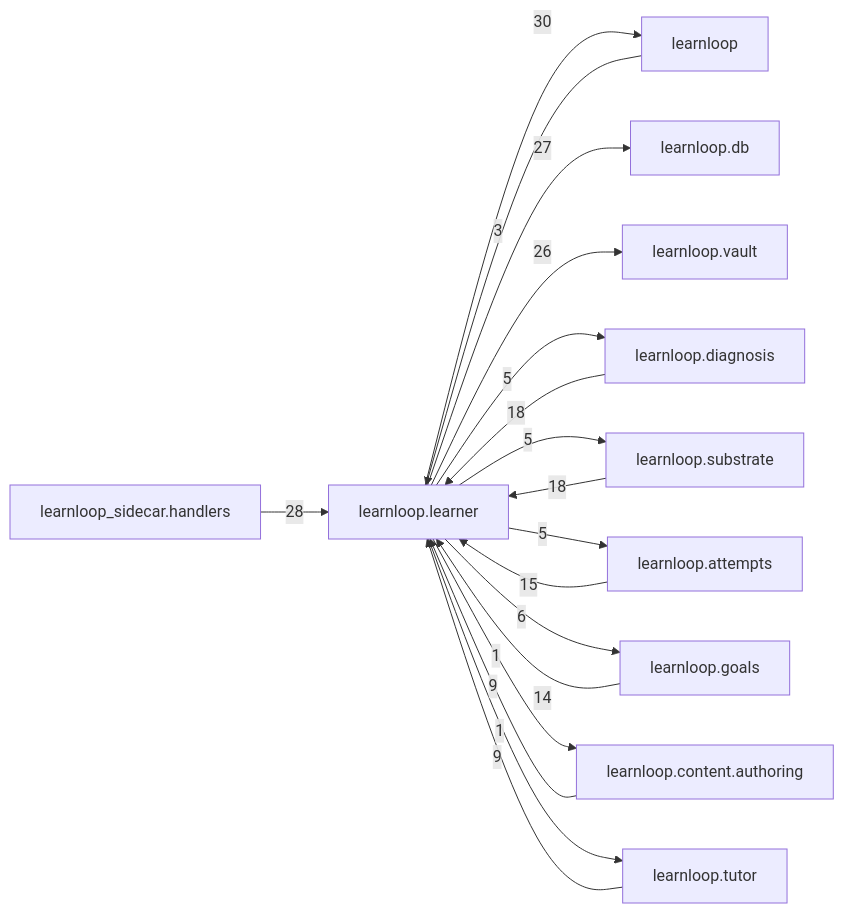
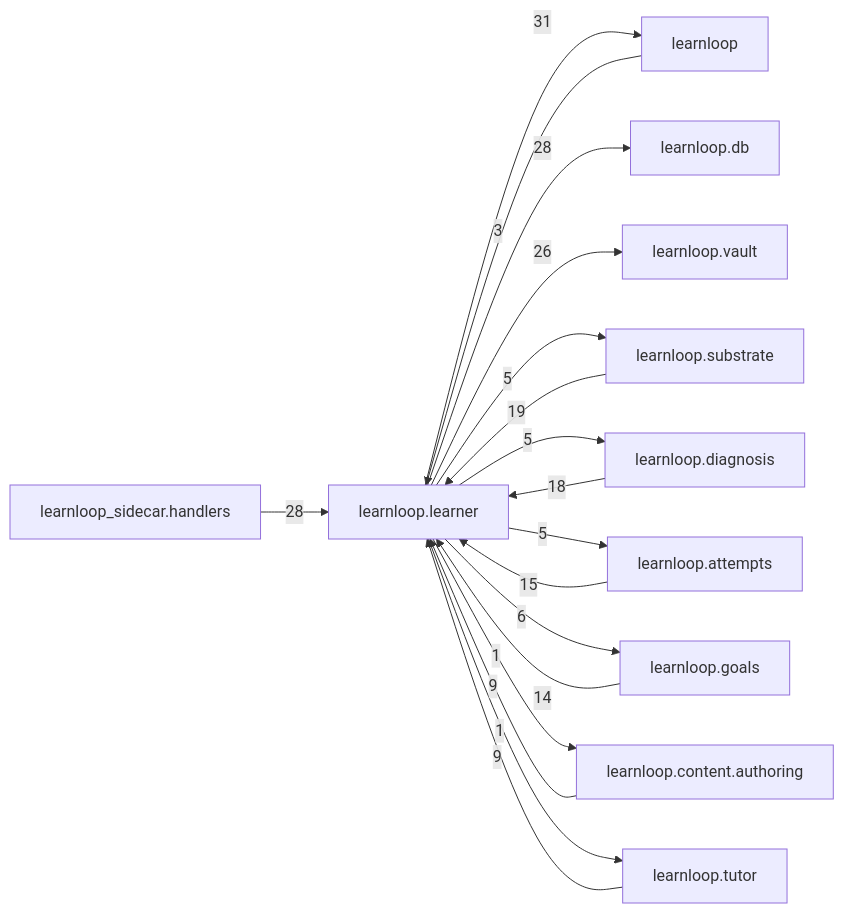
Before and after one commit to 6up-b/learnanything: the diagram in docs/learnloop-architecture-vault/Reference/Modules/learnloop/learner/_package.md, drawn with Mermaid. The commit also changed other lines of this file and 76 other files, not shown here.

````diff
--- a/docs/learnloop-architecture-vault/Reference/Modules/learnloop/learner/_package.md
+++ b/docs/learnloop-architecture-vault/Reference/Modules/learnloop/learner/_package.md
@@ -158,31 +158,31 @@
 ```mermaid
 flowchart LR
     center["learnloop.learner"]
     n_learnloop["learnloop"]
+    n_learnloop_db["learnloop.db"]
     n_learnloop_sidecar_handlers["learnloop_sidecar.handlers"]
-    n_learnloop_db["learnloop.db"]
     n_learnloop_vault["learnloop.vault"]
+    n_learnloop_substrate["learnloop.substrate"]
     n_learnloop_diagnosis["learnloop.diagnosis"]
-    n_learnloop_substrate["learnloop.substrate"]
     n_learnloop_attempts["learnloop.attempts"]
     n_learnloop_goals["learnloop.goals"]
     n_learnloop_content_authoring["learnloop.content.authoring"]
     n_learnloop_tutor["learnloop.tutor"]
     n_learnloop -->|3| center
-    center -->|30| n_learnloop
+    center -->|31| n_learnloop
+    center -->|28| n_learnloop_db
     n_learnloop_sidecar_handlers -->|28| center
-    center -->|27| n_learnloop_db
     center -->|26| n_learnloop_vault
+    n_learnloop_substrate -->|19| center
+    center -->|5| n_learnloop_substrate
     n_learnloop_diagnosis -->|18| center
     center -->|5| n_learnloop_diagnosis
-    n_learnloop_substrate -->|18| center
-    center -->|5| n_learnloop_substrate
     n_learnloop_attempts -->|15| center
     center -->|5| n_learnloop_attempts
     n_learnloop_goals -->|14| center
     center -->|6| n_learnloop_goals
     n_learnloop_content_authoring -->|9| center
     center -->|1| n_learnloop_content_authoring
     n_learnloop_tutor -->|9| center
     center -->|1| n_learnloop_tutor
 ```
````
